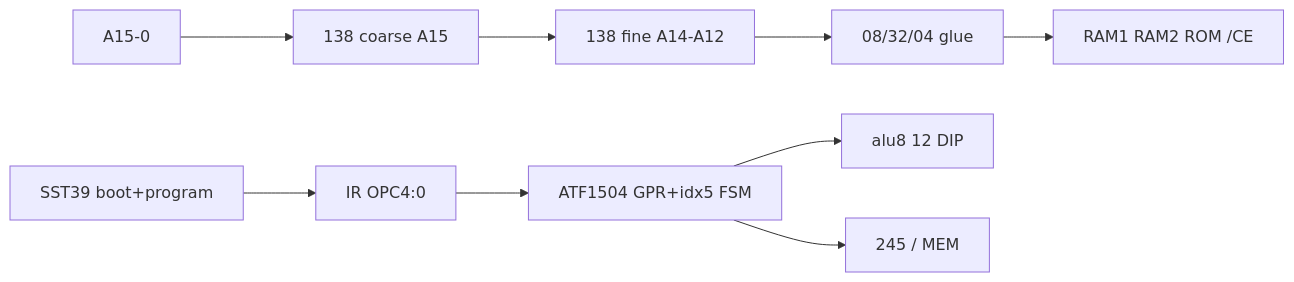
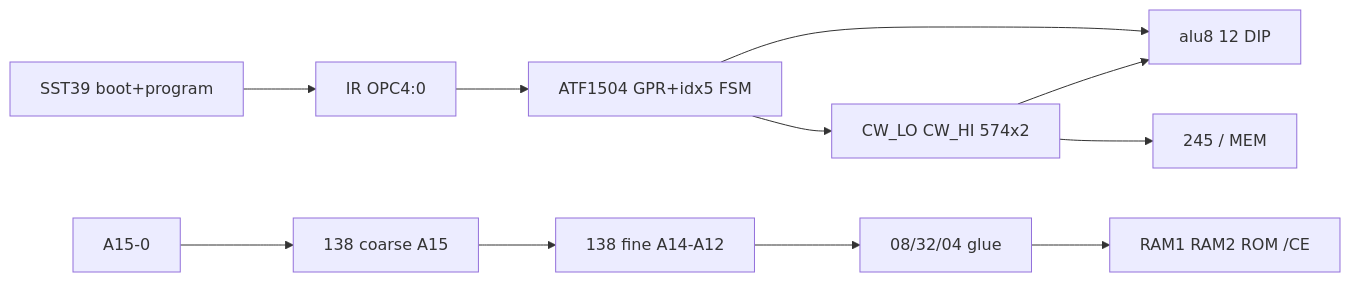
One commit to Flkalas/plover changed the diagram in reference/hw-bringup/breadboard-wiring.md. Above: the diagram before and after it, drawn with Mermaid. The commit also changed other lines of this file and 6 other files, not shown here.

Commit message:
docs(reference): cascade CW latch to architecture and wiring

````diff
--- a/reference/hw-bringup/breadboard-wiring.md
+++ b/reference/hw-bringup/breadboard-wiring.md
@@ -11,15 +11,18 @@
 ```mermaid
 flowchart LR
   ROM["SST39 boot+program"]
   CPLD["ATF1504 GPR+idx5 FSM"]
+  CW["CW_LO CW_HI 574x2"]
   I1["138 coarse A15"]
   I2["138 fine A14-A12"]
   G["08/32/04 glue"]
   ALU["alu8 12 DIP"]
   IR["IR OPC4:0"] --> CPLD
   ROM --> IR
+  CPLD --> CW
+  CW --> ALU
+  CW --> BUS["245 / MEM"]
   CPLD --> ALU
-  CPLD --> BUS["245 / MEM"]
   ADDR["A15-0"] --> I1 --> I2 --> G
   G --> CS["RAM1 RAM2 ROM /CE"]
 ```
````
